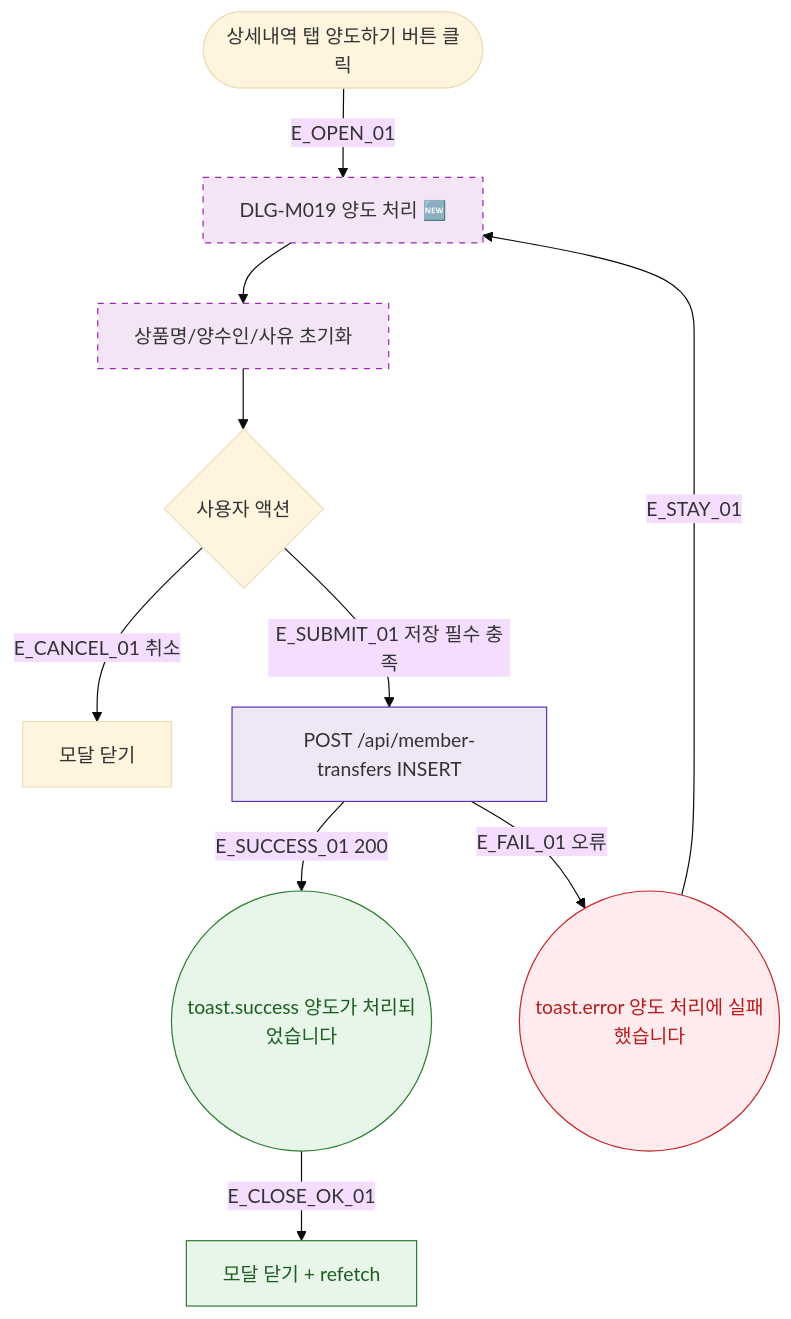
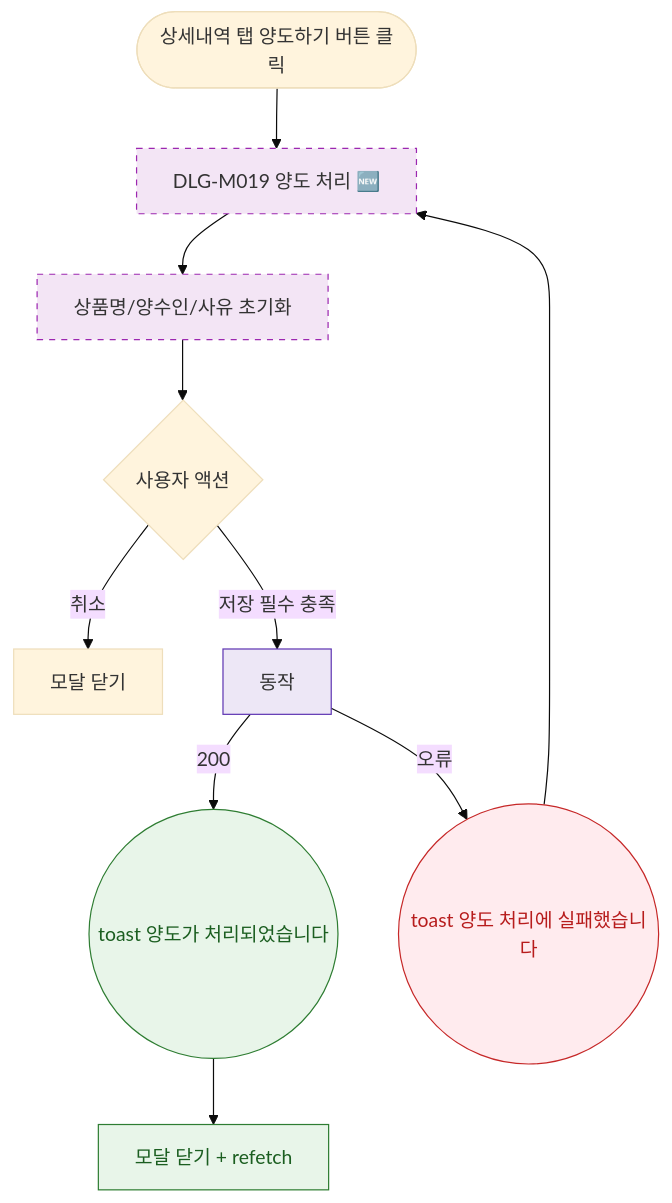
One commit to dev-spogym/admin-pando changed the diagram in docs/다이어그램/D02_회원관리/DLG/DLG-M019_양도처리/M1_생명주기.md. Above: the diagram before and after it, drawn with Mermaid (base theme). The commit also changed other lines of this file and 1660 other files, not shown here.

First line of the commit message:
다이어그램: 기획자/클라이언트 납품본으로 정리

````diff
--- a/docs/다이어그램/D02_회원관리/DLG/DLG-M019_양도처리/M1_생명주기.md
+++ b/docs/다이어그램/D02_회원관리/DLG/DLG-M019_양도처리/M1_생명주기.md
@@ -22,28 +20,28 @@
 ```mermaid
 flowchart TD
   TRIGGER([상세내역 탭 양도하기 버튼 클릭])
 
-  TRIGGER -->|E_OPEN_01| DLG_OPEN[DLG-M019 양도 처리 🆕]
+  TRIGGER --> DLG_OPEN[DLG-M019 양도 처리 🆕]
   DLG_OPEN --> INIT[상품명/양수인/사유 초기화]
 
   INIT --> USER_ACT{사용자 액션}
 
-  USER_ACT -->|E_CANCEL_01 취소| CLOSE[모달 닫기]
-  USER_ACT -->|E_SUBMIT_01 저장 필수 충족| API_CALL[POST /api/member-transfers INSERT]
+  USER_ACT -->|취소|CLOSE[모달 닫기]
+  USER_ACT -->|저장 필수 충족|API_CALL[동작]
 
-  API_CALL -->|E_SUCCESS_01 200| TOAST_OK((toast.success 양도가 처리되었습니다))
-  TOAST_OK -->|E_CLOSE_OK_01| POST_OK[모달 닫기 + refetch]
+  API_CALL -->|200|TOAST_OK((toast 양도가 처리되었습니다))
+  TOAST_OK --> POST_OK[모달 닫기 + refetch]
 
-  API_CALL -->|E_FAIL_01 오류| TOAST_ERR((toast.error 양도 처리에 실패했습니다))
-  TOAST_ERR -->|E_STAY_01| DLG_OPEN
+  API_CALL -->|오류|TOAST_ERR((toast 양도 처리에 실패했습니다))
+  TOAST_ERR --> DLG_OPEN
 
   classDef newFeature fill:#F3E5F5,stroke:#9C27B0,stroke-dasharray:5 5
-  classDef success    fill:#E8F5E9,stroke:#2E7D32,color:#1B5E20
-  classDef error      fill:#FFEBEE,stroke:#C62828,color:#B71C1C
-  classDef system     fill:#EDE7F6,stroke:#5E35B2
+  classDef success fill:#E8F5E9,stroke:#2E7D32,color:#1B5E20
+  classDef error fill:#FFEBEE,stroke:#C62828,color:#B71C1C
+  classDef system fill:#EDE7F6,stroke:#5E35B2
 
   class DLG_OPEN,INIT newFeature
   class TOAST_OK,POST_OK success
   class TOAST_ERR error
   class API_CALL system
 ```
````
